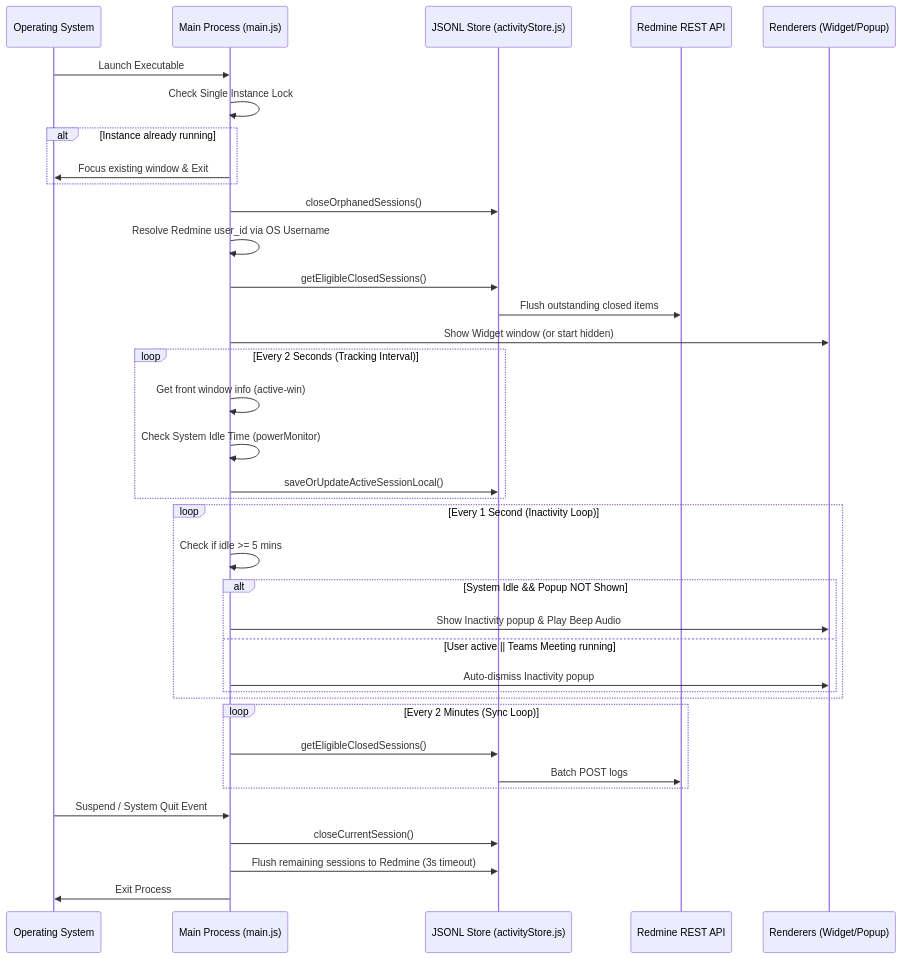
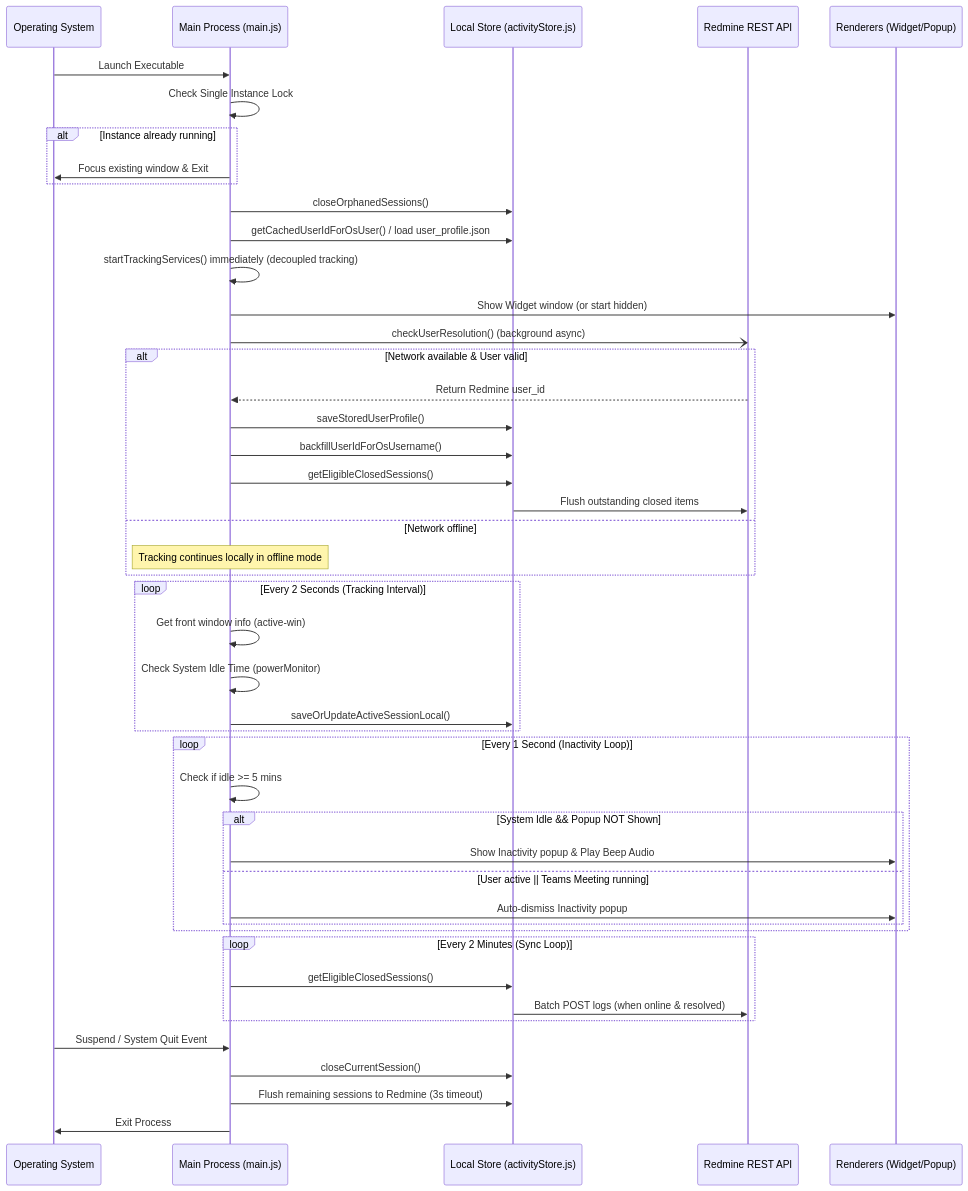
One commit to karthikeyaabm/worklens changed the second of 2 diagrams in BRAIN.md. Above: the diagram before and after it, drawn with Mermaid. The commit also changed other lines of this file and 5 other files, not shown here.

Commit message:
WorkLens Offline-Startup Tracking Bug Resolution

````diff
--- a/BRAIN.md
+++ b/BRAIN.md
@@ -141,44 +141,53 @@
 ```mermaid
 sequenceDiagram
     participant OS as Operating System
     participant Main as Main Process (main.js)
-    participant Store as JSONL Store (activityStore.js)
+    participant Store as Local Store (activityStore.js)
     participant API as Redmine REST API
     participant UI as Renderers (Widget/Popup)
 
     OS->>Main: Launch Executable
     Main->>Main: Check Single Instance Lock
     alt Instance already running
         Main->>OS: Focus existing window & Exit
     end
     Main->>Store: closeOrphanedSessions()
-    Main->>Main: Resolve Redmine user_id via OS Username
-    Main->>Store: getEligibleClosedSessions()
-    Store->>API: Flush outstanding closed items
+    Main->>Store: getCachedUserIdForOsUser() / load user_profile.json
+    Main->>Main: startTrackingServices() immediately (decoupled tracking)
     Main->>UI: Show Widget window (or start hidden)
+    Main-)API: checkUserResolution() (background async)
+    alt Network available & User valid
+        API-->>Main: Return Redmine user_id
+        Main->>Store: saveStoredUserProfile()
+        Main->>Store: backfillUserIdForOsUsername()
+        Main->>Store: getEligibleClosedSessions()
+        Store->>API: Flush outstanding closed items
+    else Network offline
+        Note over Main: Tracking continues locally in offline mode
+    end
     
     loop Every 2 Seconds (Tracking Interval)
         Main->>Main: Get front window info (active-win)
         Main->>Main: Check System Idle Time (powerMonitor)
         Main->>Store: saveOrUpdateActiveSessionLocal()
     end
 
     loop Every 1 Second (Inactivity Loop)
         Main->>Main: Check if idle >= 5 mins
         alt System Idle && Popup NOT Shown
             Main->>UI: Show Inactivity popup & Play Beep Audio
         else User active || Teams Meeting running
             Main->>UI: Auto-dismiss Inactivity popup
         end
     end
 
     loop Every 2 Minutes (Sync Loop)
         Main->>Store: getEligibleClosedSessions()
-        Store->>API: Batch POST logs
+        Store->>API: Batch POST logs (when online & resolved)
     end
 
     OS->>Main: Suspend / System Quit Event
     Main->>Store: closeCurrentSession()
     Main->>Store: Flush remaining sessions to Redmine (3s timeout)
     Main->>OS: Exit Process
 ```
````
